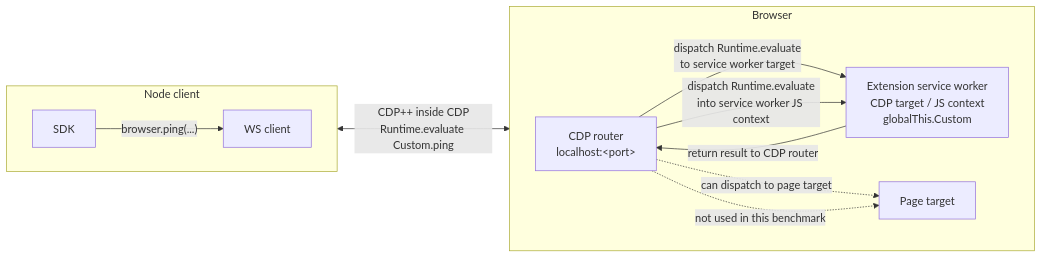
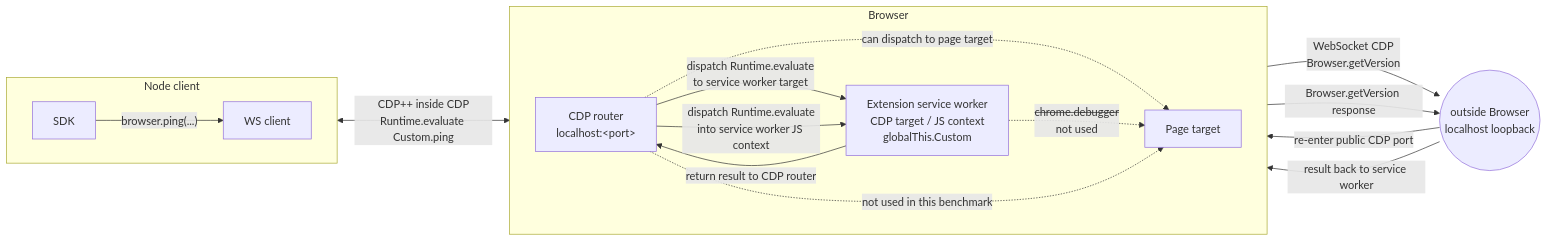
Before and after one commit to pirate/chrome-cdp-extension-bridge: the third of 4 diagrams in README.md, drawn with Mermaid. The commit also changed other lines of this file and 1 other file, not shown here.

Commit message:
better diagrams

````diff
--- a/README.md
+++ b/README.md
@@ -100,23 +102,30 @@
 ```mermaid
 flowchart LR
   subgraph Node["Node client"]
     direction LR
     SDK["SDK"]
     WS["WS client"]
     SDK -->|"browser.ping(...)"| WS
   end
 
   subgraph Browser["Browser"]
     direction LR
     CDP["CDP router<br/>localhost:&lt;port&gt;"]
     SW["Extension service worker<br/>CDP target / JS context<br/>globalThis.Custom"]
     Page["Page target"]
     CDP -->|"dispatch Runtime.evaluate<br/>to service worker target"| SW
     CDP -. "can dispatch to page target" .-> Page
+    SW -. "<s>chrome.debugger</s><br/>not used" .-> Page
   end
+
+  Loop(("outside Browser<br/>localhost loopback"))
 
   WS <-->|"CDP++ inside CDP<br/>Runtime.evaluate Custom.ping"| CDP
   CDP -->|"dispatch Runtime.evaluate<br/>into service worker JS context"| SW
+  SW -->|"WebSocket CDP<br/>Browser.getVersion"| Loop
+  Loop -->|"re-enter public CDP port"| CDP
+  CDP -->|"Browser.getVersion response"| Loop
+  Loop -->|"result back to service worker"| SW
   SW -->|"return result to CDP router"| CDP
   CDP -. "not used in this benchmark" .-> Page
 ```
````
